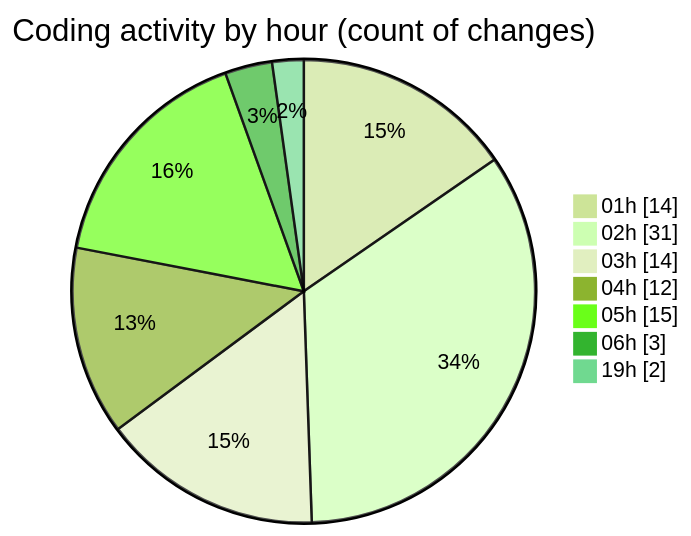
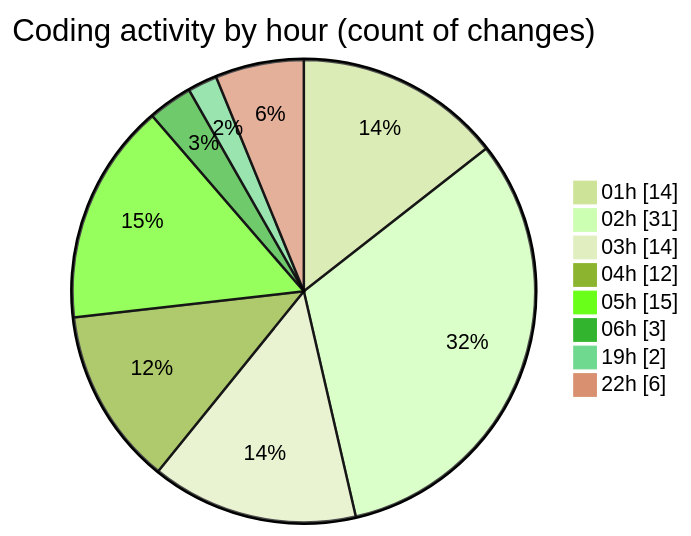
One commit to jrari/code-tracking changed the second of 2 diagrams in 2025-07-13/telebot/README.md. Above: the diagram before and after it, drawn with Mermaid (forest theme). The commit also changed other lines of this file and 1 other file, not shown here.

````diff
--- a/2025-07-13/telebot/README.md
+++ b/2025-07-13/telebot/README.md
@@ -69,11 +70,12 @@
 ```mermaid
 pie showData
 title Coding activity by hour (count of changes)
 "01h" : 14
 "02h" : 31
 "03h" : 14
 "04h" : 12
 "05h" : 15
 "06h" : 3
 "19h" : 2
+"22h" : 6
 ```
````
